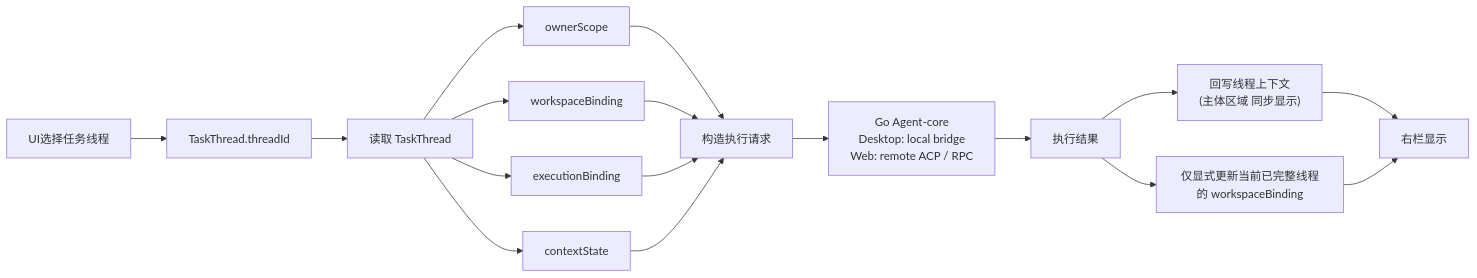
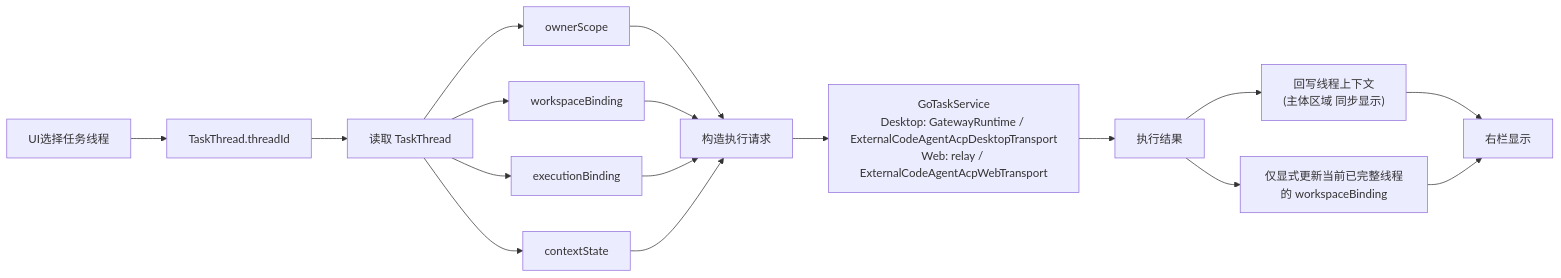
Before and after one commit to ai-workspace-lab/xworkmate-app: the diagram in docs/architecture/assistant-thread-information-architecture.md, drawn with Mermaid. The commit also changed other lines of this file and 34 other files, not shown here.

````diff
--- a/docs/architecture/assistant-thread-information-architecture.md
+++ b/docs/architecture/assistant-thread-information-architecture.md
@@ -86,24 +86,24 @@
 ```mermaid
 flowchart LR
   A["UI选择任务线程"] --> B["TaskThread.threadId"]
   B --> C["读取 TaskThread"]
 
   C --> D1["ownerScope"]
   C --> D2["workspaceBinding"]
   C --> D3["executionBinding"]
   C --> D4["contextState"]
 
   D1 --> E["构造执行请求"]
   D2 --> E
   D3 --> E
   D4 --> E
 
-  E --> F["Go Agent-core\nDesktop: local bridge\nWeb: remote ACP / RPC"]
+  E --> F["GoTaskService\nDesktop: GatewayRuntime / ExternalCodeAgentAcpDesktopTransport\nWeb: relay / ExternalCodeAgentAcpWebTransport"]
   F --> G["执行结果"]
 
   G --> H["回写线程上下文\n(主体区域 同步显示)"]
   G --> I["仅显式更新当前已完整线程的 workspaceBinding"]
 
   H --> J["右栏显示"]
   I --> J
 ```
````
